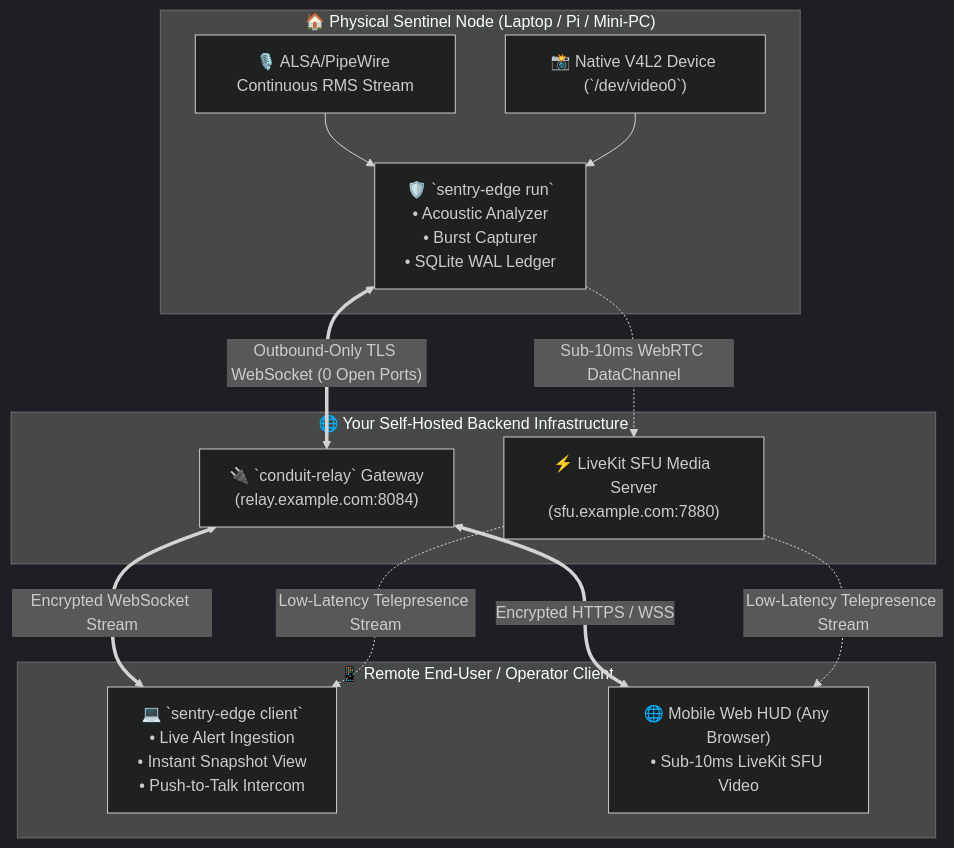
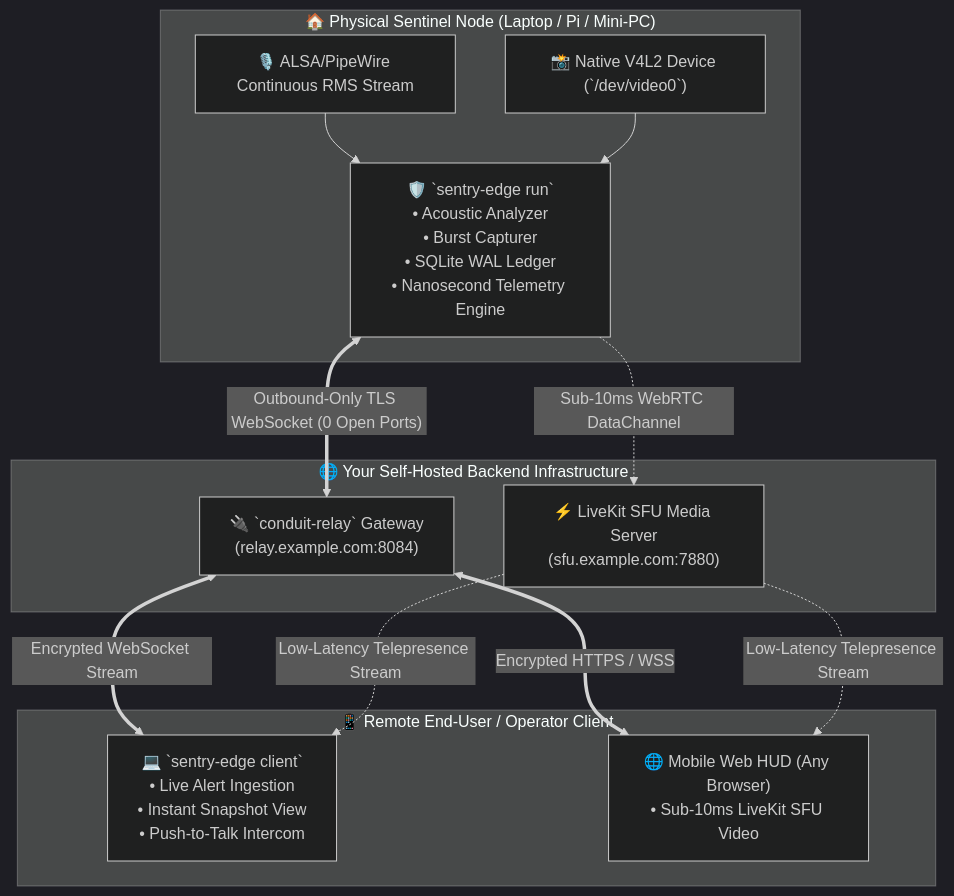
The diagram in README.md (xuoxod/sentry-edge), drawn with Mermaid (dark theme) before and after one commit. The commit also changed other lines of this file and 2 other files, not shown here.

Commit message:
docs: add comprehensive operator field guide, HAL architecture spec, and real-world playbook

````diff
--- a/README.md
+++ b/README.md
@@ -36,27 +44,27 @@
 ```mermaid
 graph TD
     subgraph EdgeDevice["🏠 Physical Sentinel Node (Laptop / Pi / Mini-PC)"]
         Mic["🎙️ ALSA/PipeWire Continuous RMS Stream"]
         Cam["📸 Native V4L2 Device (`/dev/video0`)"]
-        SentryDaemon["🛡️ `sentry-edge run`<br/>• Acoustic Analyzer<br/>• Burst Capturer<br/>• SQLite WAL Ledger"]
+        SentryDaemon["🛡️ `sentry-edge run`<br/>• Acoustic Analyzer<br/>• Burst Capturer<br/>• SQLite WAL Ledger<br/>• Nanosecond Telemetry Engine"]
     end
 
     subgraph SovereignBackend["🌐 Your Self-Hosted Backend Infrastructure"]
         ConduitRelay["🔌 `conduit-relay` Gateway<br/>(relay.example.com:8084)"]
         LiveKitSFU["⚡ LiveKit SFU Media Server<br/>(sfu.example.com:7880)"]
     end
 
     subgraph OperatorViewport["📱 Remote End-User / Operator Client"]
         ClientApp["💻 `sentry-edge client`<br/>• Live Alert Ingestion<br/>• Instant Snapshot View<br/>• Push-to-Talk Intercom"]
         MobileHUD["🌐 Mobile Web HUD (Any Browser)<br/>• Sub-10ms LiveKit SFU Video"]
     end
 
     Mic --> SentryDaemon
     Cam --> SentryDaemon
     SentryDaemon <== "Outbound-Only TLS WebSocket (0 Open Ports)" ==> ConduitRelay
     SentryDaemon -.->|"Sub-10ms WebRTC DataChannel"| LiveKitSFU
     ConduitRelay <== "Encrypted WebSocket Stream" ==> ClientApp
     ConduitRelay <== "Encrypted HTTPS / WSS" ==> MobileHUD
     LiveKitSFU -.->|"Low-Latency Telepresence Stream"| ClientApp
     LiveKitSFU -.->|"Low-Latency Telepresence Stream"| MobileHUD
 ```
````
